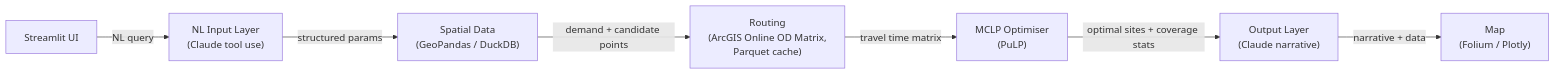
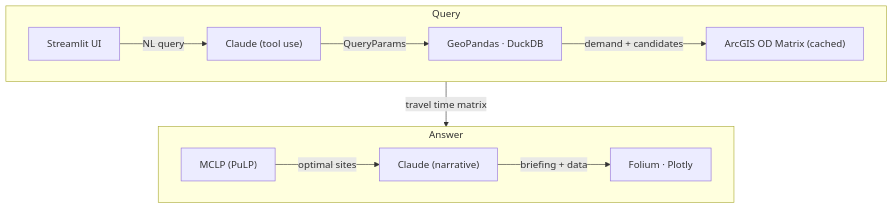
One commit to cchew/meridian-geospatial changed the diagram in presentation/diagrams/architecture.mmd. Above: the diagram before and after it, drawn with Mermaid. The commit also changed 3 other files, not shown here.

Commit message:
fix(presentation): 2-row diagram, clearer lessons, govt examples for bigger pattern, accurate Appendix C

```diff
--- a/presentation/diagrams/architecture.mmd
+++ b/presentation/diagrams/architecture.mmd
@@ -1,7 +1,13 @@
-graph LR
-    A["Streamlit UI"] -->|"NL query"| B["NL Input Layer<br/>(Claude tool use)"]
-    B -->|"structured params"| C["Spatial Data<br/>(GeoPandas / DuckDB)"]
-    C -->|"demand + candidate points"| D["Routing<br/>(ArcGIS Online OD Matrix,<br/>Parquet cache)"]
-    D -->|"travel time matrix"| E["MCLP Optimiser<br/>(PuLP)"]
-    E -->|"optimal sites + coverage stats"| F["Output Layer<br/>(Claude narrative)"]
-    F -->|"narrative + data"| G["Map<br/>(Folium / Plotly)"]
+graph TB
+    subgraph query ["Query"]
+        direction LR
+        A["Streamlit UI"] -->|"NL query"| B["Claude (tool use)"]
+        B -->|"QueryParams"| C["GeoPandas · DuckDB"]
+        C -->|"demand + candidates"| D["ArcGIS OD Matrix (cached)"]
+    end
+    subgraph answer ["Answer"]
+        direction LR
+        E["MCLP (PuLP)"] -->|"optimal sites"| F["Claude (narrative)"]
+        F -->|"briefing + data"| G["Folium · Plotly"]
+    end
+    D -->|"travel time matrix"| E
```
